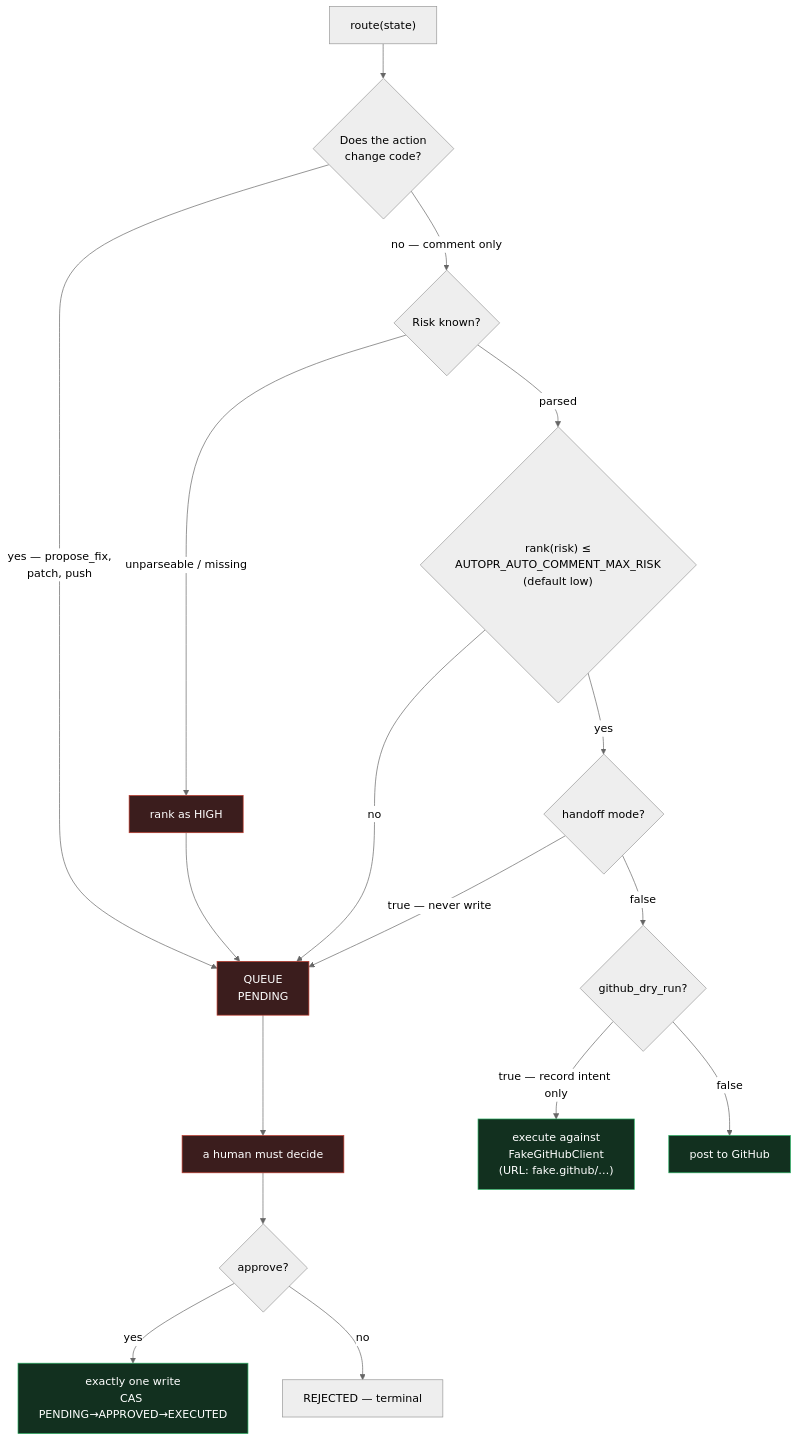
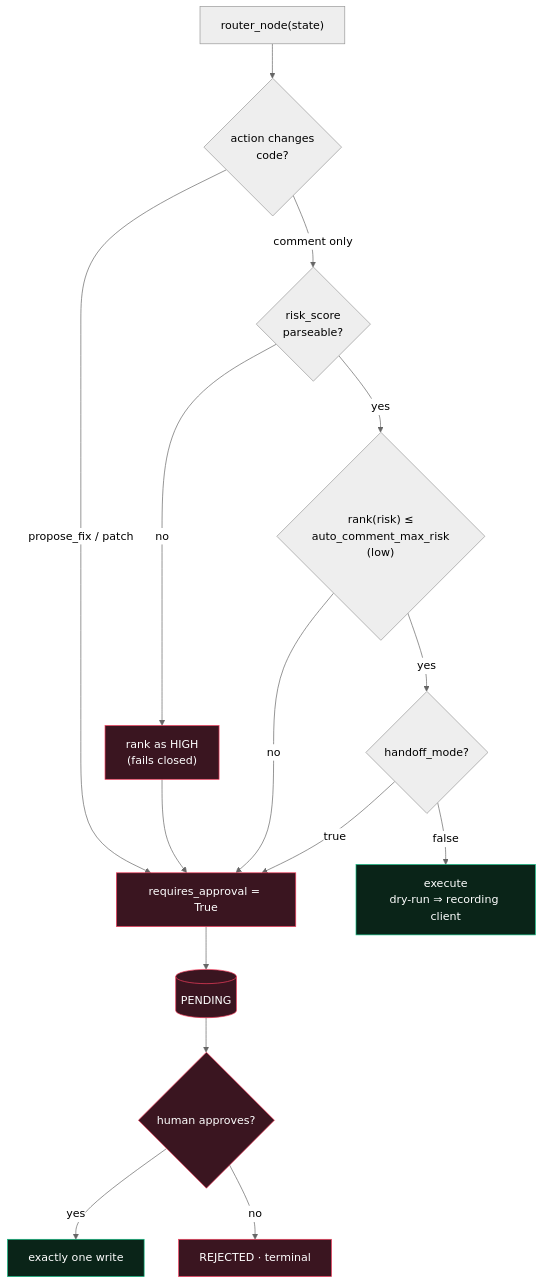
The third of 8 diagrams in README.md (sheikhayaan/AUTOPR), drawn with Mermaid (neutral theme) before and after one commit. The commit also changed other lines of this file and 10 other files, not shown here.

First line of the commit message:
README rebuilt as a measured, verifiable case study + SVG figure pipeline

````diff
--- a/README.md
+++ b/README.md
@@ -159,25 +280,25 @@
 ```mermaid
 flowchart TD
-    R["route(state)"] --> Q1{"Does the action<br/>change code?"}
-    Q1 -->|"yes — propose_fix,<br/>patch, push"| GATE["QUEUE<br/>PENDING"]
-    Q1 -->|"no — comment only"| Q2{"Risk known?"}
-    Q2 -->|"unparseable / missing"| HIGH["rank as HIGH"]
+    S["router_node(state)"] --> Q1{"action changes<br/>code?"}
+    Q1 -->|"propose_fix / patch"| GATE["requires_approval = True"]
+    Q1 -->|"comment only"| Q2{"risk_score<br/>parseable?"}
+    Q2 -->|"no"| HIGH["rank as HIGH<br/>(fails closed)"]
     HIGH --> GATE
-    Q2 -->|"parsed"| Q3{"rank(risk) ≤<br/>AUTOPR_AUTO_COMMENT_MAX_RISK<br/>(default low)"}
+    Q2 -->|"yes"| Q3{"rank(risk) ≤<br/>auto_comment_max_risk<br/>(low)"}
     Q3 -->|"no"| GATE
-    Q3 -->|"yes"| Q4{"handoff mode?"}
-    Q4 -->|"true — never write"| GATE
-    Q4 -->|"false"| Q5{"github_dry_run?"}
-    Q5 -->|"true — record intent only"| FAKE["execute against<br/>FakeGitHubClient<br/>(URL: fake.github/…)"]
-    Q5 -->|"false"| LIVE["post to GitHub"]
+    Q3 -->|"yes"| Q4{"handoff_mode?"}
+    Q4 -->|"true"| GATE
+    Q4 -->|"false"| AUTO["execute<br/>dry-run ⇒ recording client"]
 
-    GATE --> HUMAN["a human must decide"]
-    HUMAN --> AP{"approve?"}
-    AP -->|"yes"| LIVE2["exactly one write<br/>CAS PENDING→APPROVED→EXECUTED"]
-    AP -->|"no"| REJ["REJECTED — terminal"]
+    GATE --> P[("PENDING")]
+    P --> HUMAN{"human approves?"}
+    HUMAN -->|"yes"| ONE["exactly one write"]
+    HUMAN -->|"no"| REJ["REJECTED · terminal"]
 
-    classDef gate fill:#3b1d1d,stroke:#c0392b,color:#fff
-    classDef ok fill:#12301f,stroke:#27ae60,color:#fff
-    class GATE,HIGH,HUMAN gate
-    class FAKE,LIVE,LIVE2 ok
+    classDef gate fill:#3a1520,stroke:#f43f5e,color:#fff
+    classDef ok fill:#0a2418,stroke:#10b981,color:#fff
+    classDef auto fill:#0b2030,stroke:#22d3ee,color:#fff
+    class GATE,HIGH,P,HUMAN gate
+    class AUTO,ONE,OK ok
+    class REJ gate
 ```
````
